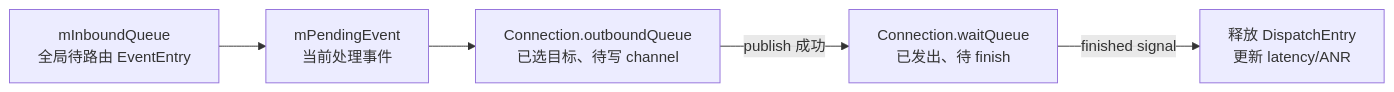
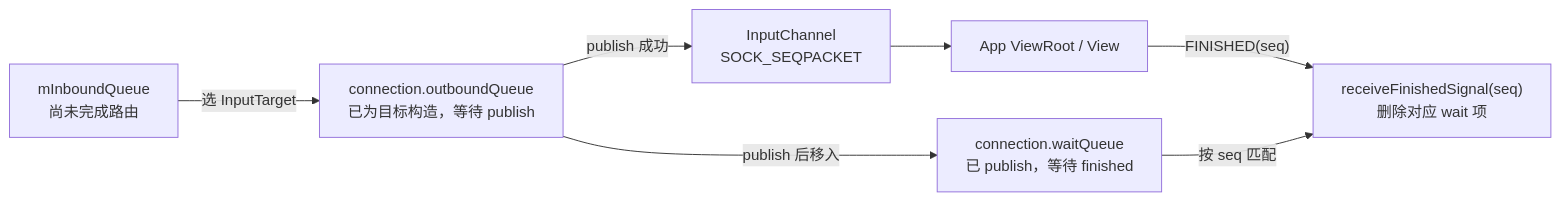
One commit to junyingzhao001/StudyNotes changed the second of 2 diagrams in Android源码学习/20-InputReader与InputDispatcher输入系统.md. Above: the diagram before and after it, drawn with Mermaid. The commit also changed other lines of this file and 93 other files, not shown here.

````diff
--- a/Android源码学习/20-InputReader与InputDispatcher输入系统.md
+++ b/Android源码学习/20-InputReader与InputDispatcher输入系统.md
@@ -589,7 +397,16 @@
 ```mermaid
 flowchart LR
-    IN["mInboundQueue<br/>全局待路由 EventEntry"] --> PEND["mPendingEvent<br/>当前处理事件"]
-    PEND --> OUT["Connection.outboundQueue<br/>已选目标、待写 channel"]
-    OUT -->|"publish 成功"| WAIT["Connection.waitQueue<br/>已发出、待 finish"]
-    WAIT -->|"finished signal"| DONE["释放 DispatchEntry<br/>更新 latency/ANR"]
+    IN["mInboundQueue<br/>尚未完成路由"]
+    OUT["connection.outboundQueue<br/>已为目标构造，等待 publish"]
+    SOCK["InputChannel<br/>SOCK_SEQPACKET"]
+    WAIT["connection.waitQueue<br/>已 publish，等待 finished"]
+    APP["App ViewRoot / View"]
+    ACK["receiveFinishedSignal(seq)<br/>删除对应 wait 项"]
+
+    IN -->|"选 InputTarget"| OUT
+    OUT -->|"publish 成功"| SOCK
+    SOCK --> APP
+    OUT -->|"publish 后移入"| WAIT
+    APP -->|"FINISHED(seq)"| ACK
+    WAIT -->|"按 seq 匹配"| ACK
 ```
````
